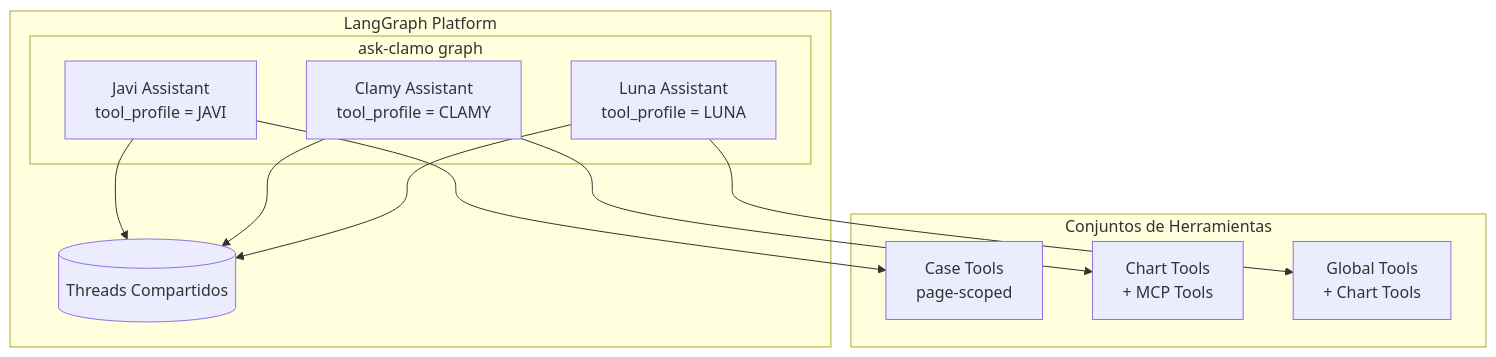
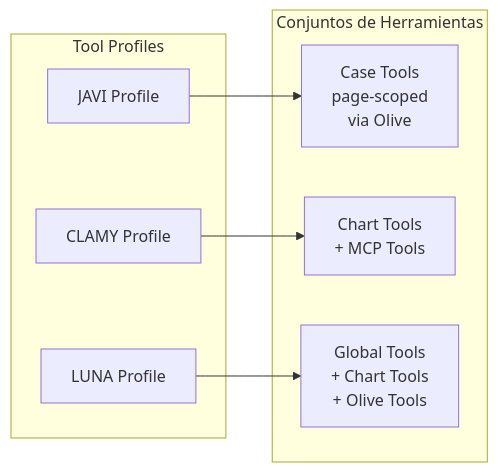
One commit to GetClamo/docs changed the second of 5 diagrams in es/arquitectura/asistentes-ia.mdx. Above: the diagram before and after it, drawn with Mermaid. The commit also changed other lines of this file, not shown here.

Commit message:
update architecture documentation for Unified AI Assistant

````diff
--- a/es/arquitectura/asistentes-ia.mdx
+++ b/es/arquitectura/asistentes-ia.mdx
@@ -12,26 +74,18 @@
 ```mermaid
-flowchart TB
-    subgraph LangGraph [LangGraph Platform]
-        subgraph AskClamo [ask-clamo graph]
-            Javi[Javi Assistant<br/>tool_profile = JAVI]
-            Clamy[Clamy Assistant<br/>tool_profile = CLAMY]
-            Luna[Luna Assistant<br/>tool_profile = LUNA]
-        end
-        
-        SharedThreads[(Threads Compartidos)]
+flowchart LR
+    subgraph Profiles [Tool Profiles]
+        JAVI[JAVI Profile]
+        CLAMY[CLAMY Profile]
+        LUNA[LUNA Profile]
     end
     
     subgraph Tools [Conjuntos de Herramientas]
-        CaseTools[Case Tools<br/>page-scoped]
+        CaseTools[Case Tools<br/>page-scoped<br/>via Olive]
         ChartTools[Chart Tools<br/>+ MCP Tools]
-        GlobalTools[Global Tools<br/>+ Chart Tools]
+        GlobalTools[Global Tools<br/>+ Chart Tools<br/>+ Olive Tools]
     end
     
-    Javi --> CaseTools
-    Clamy --> ChartTools
-    Luna --> GlobalTools
-    
-    Javi --> SharedThreads
-    Clamy --> SharedThreads
-    Luna --> SharedThreads
+    JAVI --> CaseTools
+    CLAMY --> ChartTools
+    LUNA --> GlobalTools
 ```
````
